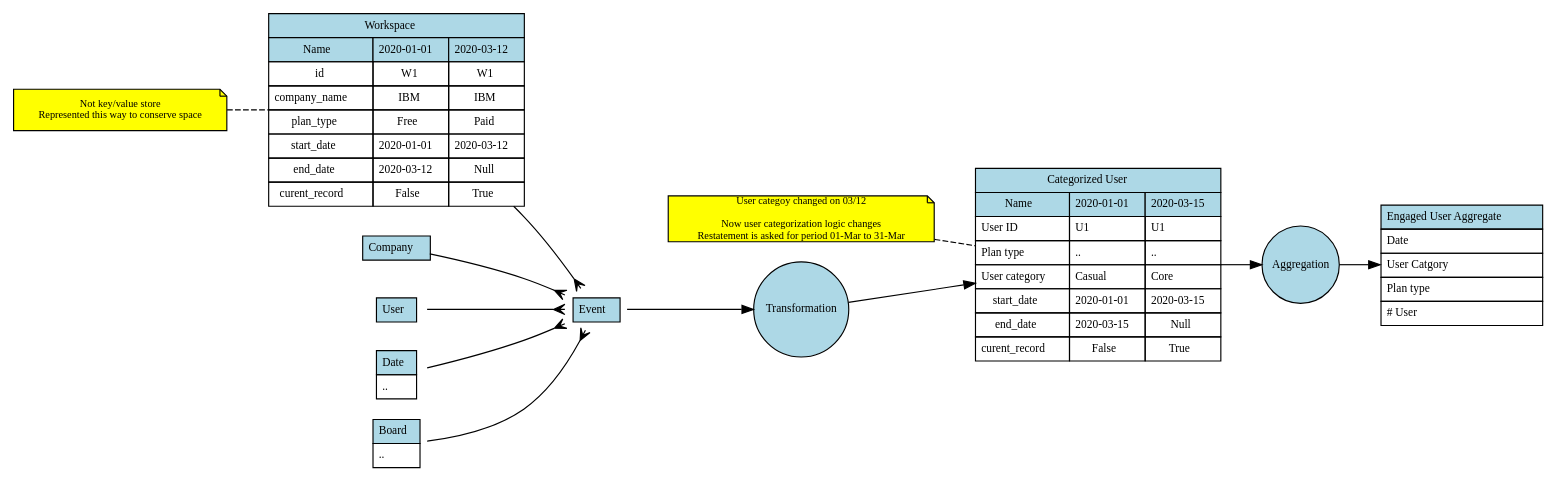
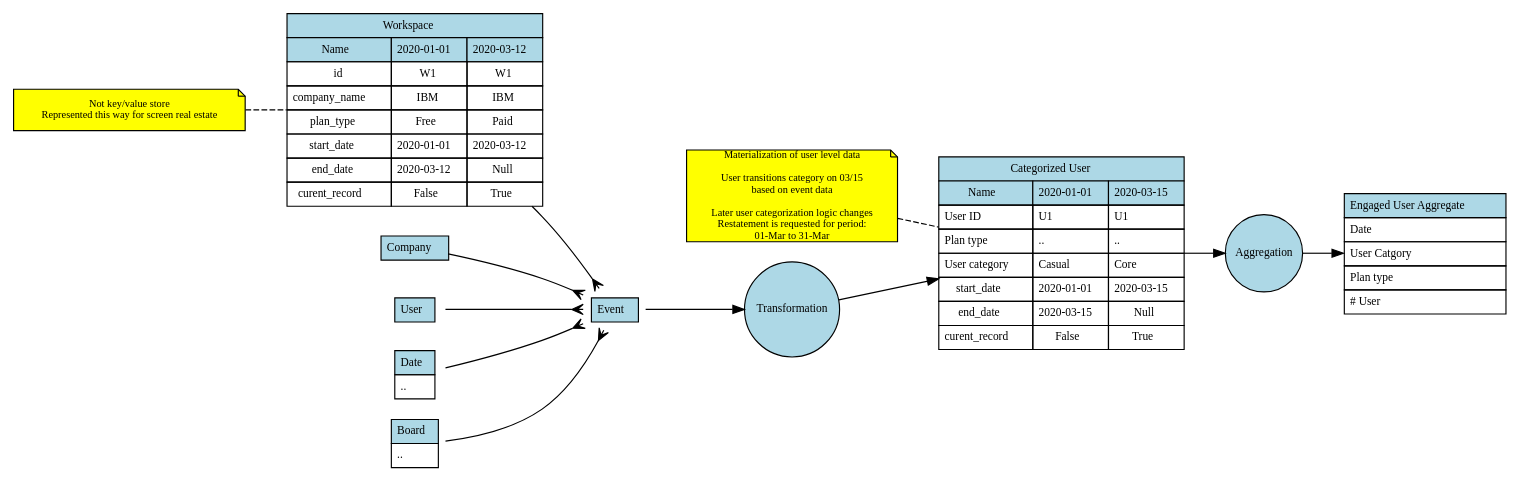
One commit to abhijitbhatt/algorithms changed the diagram in assignment diagram/scd_er_diagram.dot. Above: the diagram before and after it, drawn with Graphviz. The commit also changed 1 other file, not shown here.

Commit message:
Updated ER diagram for SCD architecture

```diff
--- a/assignment diagram/scd_er_diagram.dot
+++ b/assignment diagram/scd_er_diagram.dot
@@ -1,106 +1,106 @@
 digraph G {
     //
     // Defaults
     //
 
     // Box for entities
     node [shape=none, margin=0, fontsize=10]
 
     // One-to-many relation (from one, to many)
     edge [arrowhead=crow, arrowtail=none, dir=both]
     rankdir="LR"
 
     //
     // Entities
     //
     Event [label=<
         <table border="0" cellborder="1" cellspacing="0" cellpadding="4">
             <tr><td bgcolor="lightblue">Event</td></tr>
         </table>
     >]
 
     Workspace [label=<
         <table border="0" cellborder="1" cellspacing="0" cellpadding="4">
             <tr><td bgcolor="lightblue" colspan="3">Workspace</td></tr>
             <tr><td bgcolor="lightblue">Name</td><td bgcolor="lightblue">2020-01-01</td><td bgcolor="lightblue">2020-03-12</td></tr>
             <tr><td>id</td><td>W1</td><td>W1</td></tr>
             <tr><td>company_name</td><td>IBM</td><td>IBM</td></tr>
             <tr><td>plan_type</td><td>Free</td><td>Paid</td></tr>
             <tr><td>start_date</td><td>2020-01-01</td><td>2020-03-12</td></tr>
             <tr><td>end_date</td><td>2020-03-12</td><td>Null</td></tr>
             <tr><td>curent_record</td><td>False</td><td>True</td></tr>
 
         </table>
     >]
 
     Company [label=<
         <table border="0" cellborder="1" cellspacing="0" cellpadding="4">
             <tr><td bgcolor="lightblue">Company</td></tr>
         </table>
     >]
 
     User [label=<
         <table border="0" cellborder="1" cellspacing="0" cellpadding="4">
             <tr><td bgcolor="lightblue" colspan="1">User</td></tr>
         </table>
     >]
 
      Date [label=<
         <table border="0" cellborder="1" cellspacing="0" cellpadding="4">
 
             <tr><td bgcolor="lightblue">Date</td></tr>
             <tr><td align="left">..</td></tr>
         </table>
     >]
 
      Board[label=<
         <table border="0" cellborder="1" cellspacing="0" cellpadding="4">
 
             <tr><td bgcolor="lightblue">Board</td></tr>
             <tr><td align="left">..</td></tr>
         </table>
     >]
 
     Transformation[shape="circle" style="filled" fillcolor="lightblue"]
 
     Aggregation[shape="circle" style="filled" fillcolor="lightblue"]
 
     Categorized_User [label=<
         <table border="0" cellborder="1" cellspacing="0" cellpadding="4">
             <tr><td bgcolor="lightblue" colspan="3">Categorized User</td></tr>
             <tr><td bgcolor="lightblue">Name</td><td bgcolor="lightblue">2020-01-01</td><td bgcolor="lightblue">2020-03-15</td></tr>
             <tr><td align="left">User ID</td><td align="left">U1</td><td align="left">U1</td></tr>
             <tr><td align="left">Plan type</td><td align="left">..</td><td align="left">..</td></tr>
             <tr><td align="left">User category</td><td align="left">Casual</td><td align="left">Core</td></tr>
             <tr><td>start_date</td><td>2020-01-01</td><td>2020-03-15</td></tr>
             <tr><td>end_date</td><td>2020-03-15</td><td>Null</td></tr>
             <tr><td>curent_record</td><td>False</td><td>True</td></tr>
         </table>
     >]
 
     Agg_Event [label=<
         <table border="0" cellborder="1" cellspacing="0" cellpadding="4">
             <tr><td bgcolor="lightblue">Engaged User Aggregate</td></tr>
             <tr><td align="left">Date</td></tr>
             <tr><td align="left">User Catgory</td></tr>
             <tr><td align="left">Plan type</td></tr>
             <tr><td align="left"># User</td></tr>
         </table>
     >]
 
-    Workspace_comment [shape="note" fontsize=9fillcolor="yellow" style="filled" label="Not key/value store\nRepresented this way to conserve space"]
-    Categorized_User_comment [shape="note" fontsize=9fillcolor="yellow" style="filled" label="User categoy changed on 03/12\n\nNow user categorization logic changes\nRestatement is asked for period 01-Mar to 31-Mar"]
+    Workspace_comment [shape="note" fontsize=9fillcolor="yellow" style="filled" label="Not key/value store\nRepresented this way for screen real estate"]
+    Categorized_User_comment [shape="note" fontsize=9fillcolor="yellow" style="filled" label="Materialization of user level data\n\nUser transitions category on 03/15\nbased on event data\n\nLater user categorization logic changes\nRestatement is requested for period:\n 01-Mar to 31-Mar"]
     //
     // Relationships
     //
     Workspace->Event;
     Company->Event;
     User -> Event;
     Date -> Event;
     Board -> Event;
     Event -> Transformation [arrowhead="normal"];
     Transformation -> Categorized_User [arrowhead="normal"];
     Categorized_User -> Aggregation -> Agg_Event[arrowhead="normal"];
     Workspace_comment -> Workspace [arrowhead="none" style="dashed"]
     Categorized_User_comment -> Categorized_User [arrowhead="none" style="dashed"]
 }
```
